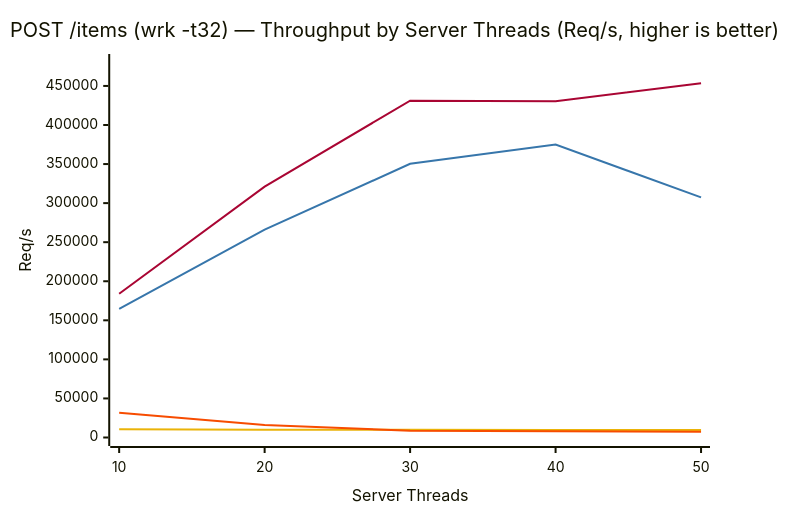
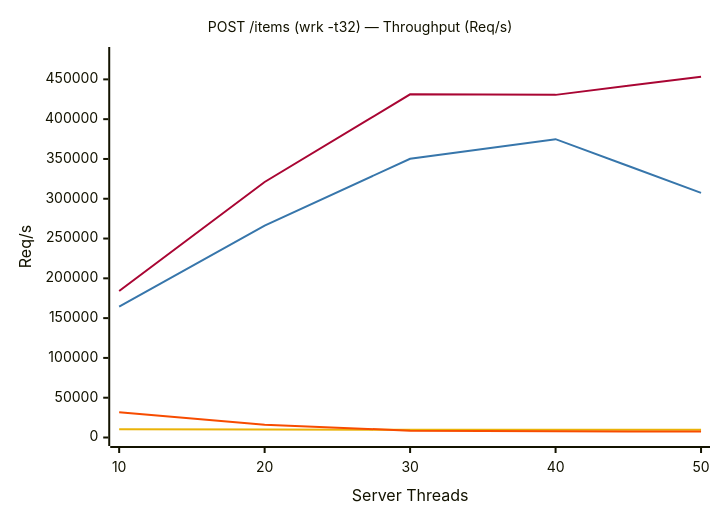
One commit to erlpython/epython changed the third of 4 diagrams in README.md. Above: the diagram before and after it, drawn with Mermaid. The commit also changed other lines of this file, not shown here.

````diff
--- a/README.md
+++ b/README.md
@@ -159,16 +163,18 @@
 ```mermaid
 ---
 config:
+  xyChart:
+    titleFontSize: 14
   themeVariables:
     xyChart:
       plotColorPalette: "#A90533, #3776AB, #EAB308, #F74C00"
 ---
 xychart-beta
-    title "POST /items (wrk -t32) — Throughput by Server Threads (Req/s, higher is better)"
+    title "POST /items (wrk -t32) — Throughput (Req/s)"
     x-axis "Server Threads" ["10", "20", "30", "40", "50"]
     y-axis "Req/s" 0 --> 480000
     line [184046, 321100, 431185, 430525, 453398]
     line [164565, 266210, 350290, 374877, 307368]
     line [10449, 9926, 9869, 9755, 9731]
     line [31577, 15961, 8610, 7934, 7433]
 ```
````
